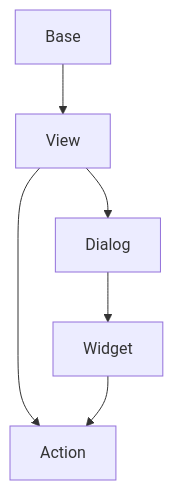
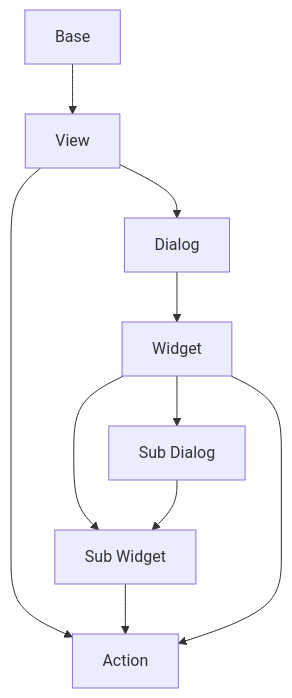
One commit to KemoPanzah/decore_Base changed the first of 2 diagrams in readme_de_en.md. Above: the diagram before and after it, drawn with Mermaid. The commit also changed other lines of this file and 36 other files, not shown here.

````diff
--- a/readme_de_en.md
+++ b/readme_de_en.md
@@ -63,8 +63,12 @@
 ```mermaid 
 graph
 A[Base]  --> B[View]
-B --> F[Action]
+B --> Z[Action]
 B --> C[Dialog]
 C --> D[Widget]
-D --> F[Action]
+D --> F[Sub Dialog]
+D --> G[Sub Widget]
+F --> G[Sub Widget]
+G --> Z[Action]
+D --> Z[Action]
 ```
````
